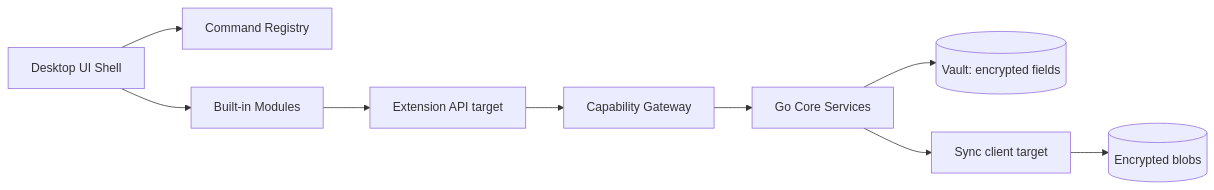
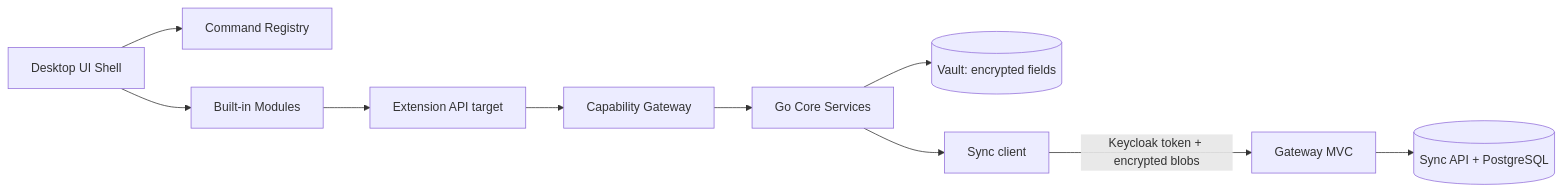
One commit to syurodev/base changed the diagram in content/projects/dev-kit/system-overview.mdx. Above: the diagram before and after it, drawn with Mermaid. The commit also changed other lines of this file and 10 other files, not shown here.

````diff
--- a/content/projects/dev-kit/system-overview.mdx
+++ b/content/projects/dev-kit/system-overview.mdx
@@ -10,11 +10,12 @@
 ```mermaid
 flowchart LR
   UI[Desktop UI Shell] --> REG[Command Registry]
   UI --> MOD[Built-in Modules]
   MOD --> EXT[Extension API target]
   EXT --> GW[Capability Gateway]
   GW --> CORE[Go Core Services]
   CORE --> VAULT[(Vault: encrypted fields)]
-  CORE --> SYNC[Sync client target]
-  SYNC --> CLOUD[(Encrypted blobs)]
+  CORE --> SYNC[Sync client]
+  SYNC -->|Keycloak token + encrypted blobs| EDGE[Gateway MVC]
+  EDGE --> CLOUD[(Sync API + PostgreSQL)]
 ```
````
